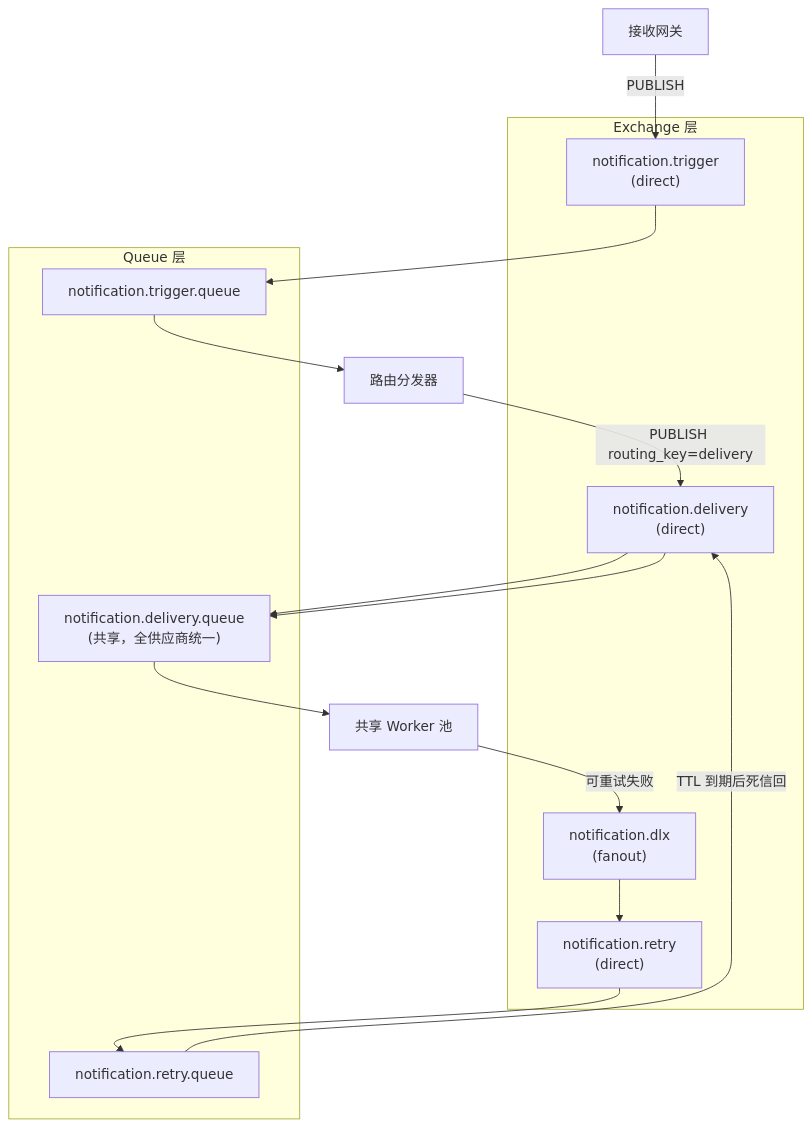
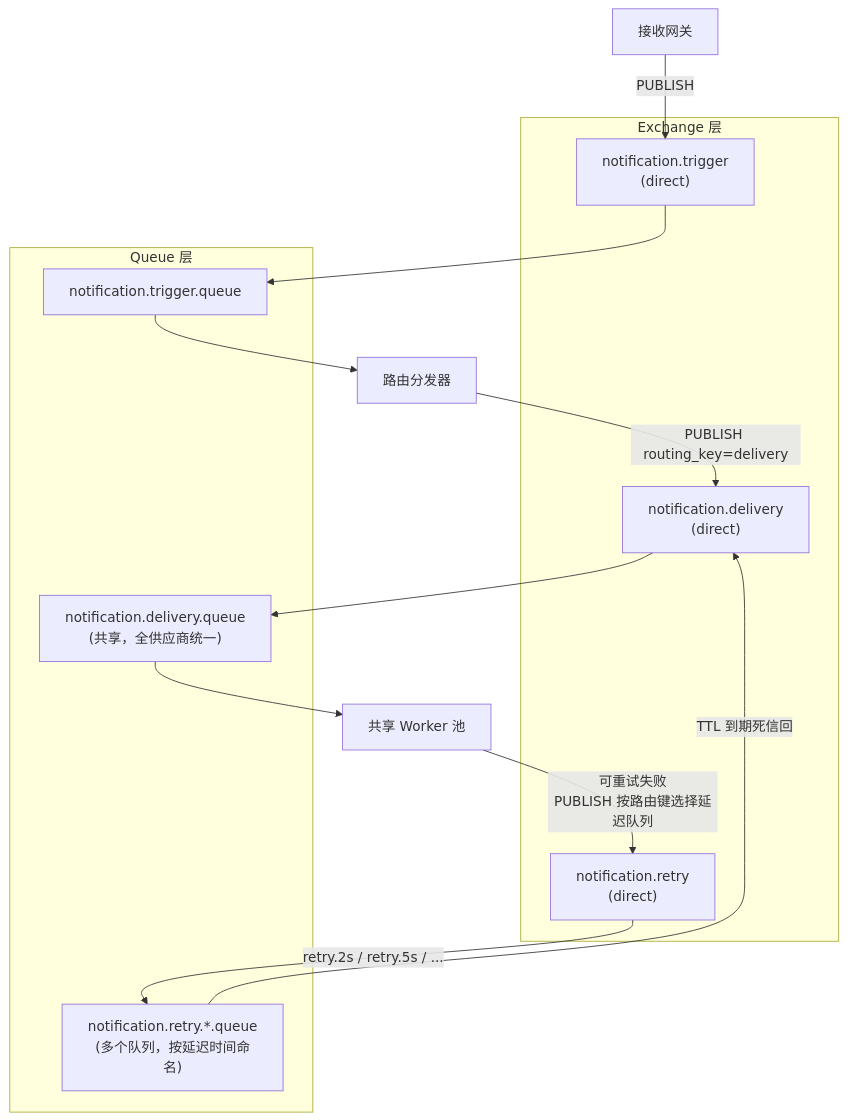
One commit to xnslong/rc_xnslong changed diagram 14 of 21 in doc/requirements/202605-notification-design-dd.md. Above: the diagram before and after it, drawn with Mermaid. The commit also changed other lines of this file and 27 other files, not shown here.

````diff
--- a/doc/requirements/202605-notification-design-dd.md
+++ b/doc/requirements/202605-notification-design-dd.md
@@ -1551,29 +1567,26 @@
 ```mermaid
 flowchart TB
     subgraph EX["Exchange 层"]
         TRIGGER_EX["notification.trigger<br/>(direct)"]
         DELIVERY_EX["notification.delivery<br/>(direct)"]
-        DLX_EX["notification.dlx<br/>(fanout)"]
         RETRY_EX["notification.retry<br/>(direct)"]
     end
 
     subgraph Q["Queue 层"]
         TRIGGER_Q["notification.trigger.queue"]
         DELIVERY_Q["notification.delivery.queue<br/>(共享，全供应商统一)"]
-        RETRY_Q["notification.retry.queue"]
+        RETRY_QS["notification.retry.*.queue<br/>(多个队列，按延迟时间命名)"]
     end
 
     GW[接收网关] -->|PUBLISH| TRIGGER_EX
     TRIGGER_EX --> TRIGGER_Q
     TRIGGER_Q --> ROUTER[路由分发器]
 
     ROUTER -->|PUBLISH routing_key=delivery| DELIVERY_EX
     DELIVERY_EX --> DELIVERY_Q
     DELIVERY_Q --> WP[共享 Worker 池]
 
-    WP -->|可重试失败| DLX_EX
-    DLX_EX --> RETRY_EX
-    RETRY_EX --> RETRY_Q
-    RETRY_Q -->|TTL 到期后死信回| DELIVERY_EX
-    DELIVERY_EX --> DELIVERY_Q
+    WP -->|可重试失败<br/>PUBLISH 按路由键选择延迟队列| RETRY_EX
+    RETRY_EX -->|retry.2s / retry.5s / ...| RETRY_QS
+    RETRY_QS -->|TTL 到期死信回| DELIVERY_EX
 ```
````
